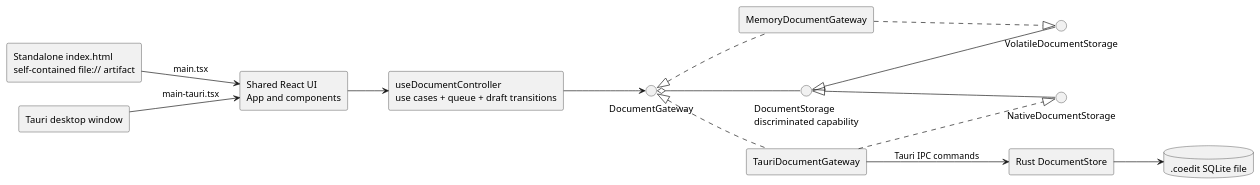
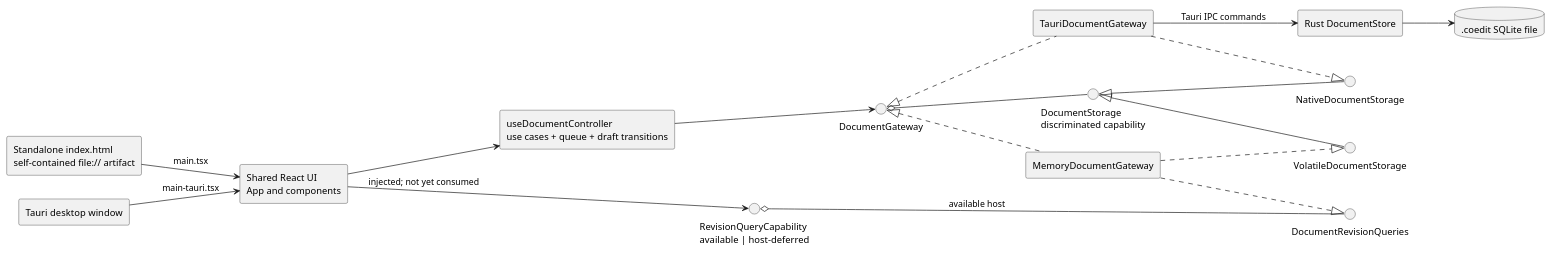
Before and after one commit to benoit-gl/coedit: the diagram in docs/README.md, drawn with PlantUML. The commit also changed other lines of this file and 20 other files, not shown here.

Commit message:
WP-1: Add revision materialization query

````diff
--- a/docs/README.md
+++ b/docs/README.md
@@ -50,33 +50,38 @@
 ```plantuml
 @startuml
 skinparam componentStyle rectangle
 left to right direction
 
 component "Standalone index.html\nself-contained file:// artifact" as Standalone
 component "Tauri desktop window" as Desktop
 component "Shared React UI\nApp and components" as UI
 component "useDocumentController\nuse cases + queue + draft transitions" as Controller
 interface "DocumentGateway" as Gateway
 interface "DocumentStorage\ndiscriminated capability" as Storage
+interface "RevisionQueryCapability\navailable | host-deferred" as RevisionCapability
+interface "DocumentRevisionQueries" as RevisionQueries
 interface "VolatileDocumentStorage" as Volatile
 interface "NativeDocumentStorage" as Native
 component "MemoryDocumentGateway" as Memory
 component "TauriDocumentGateway" as TauriAdapter
 component "Rust DocumentStore" as Store
 database ".coedit SQLite file" as SQLite
 
 Standalone --> UI : main.tsx
 Desktop --> UI : main-tauri.tsx
 UI --> Controller
+UI --> RevisionCapability : injected; not yet consumed
 Controller --> Gateway
 Gateway <|.. Memory
 Gateway <|.. TauriAdapter
 Gateway o-- Storage
 Storage <|-- Volatile
 Storage <|-- Native
 Memory ..|> Volatile
+Memory ..|> RevisionQueries
+RevisionCapability o-- RevisionQueries : available host
 TauriAdapter ..|> Native
 TauriAdapter --> Store : Tauri IPC commands
 Store --> SQLite
 @enduml
 ```
````
